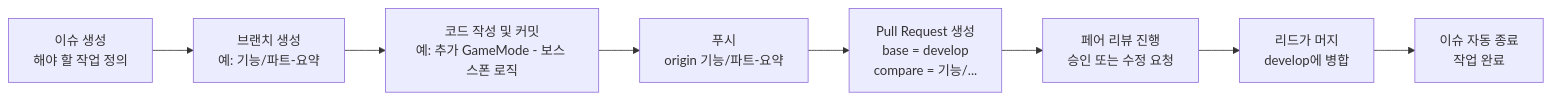
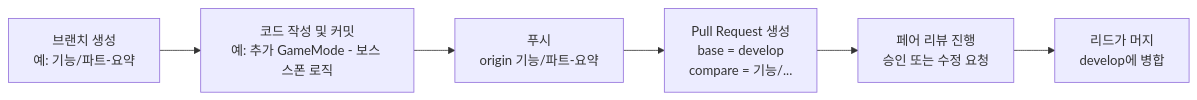
Before and after one commit to dltjgh17/Unreal_TIL: the first of 4 diagrams in October/git_manual/README.md, drawn with Mermaid. The commit also changed other lines of this file, not shown here.

````diff
--- a/October/git_manual/README.md
+++ b/October/git_manual/README.md
@@ -5,10 +5,9 @@
 ```mermaid
 flowchart LR
-    A1[이슈 생성\n해야 할 작업 정의] --> A2[브랜치 생성\n예: 기능/파트-요약]
+    A2[브랜치 생성\n예: 기능/파트-요약]
     A2 --> A3[코드 작성 및 커밋\n예: 추가 GameMode - 보스 스폰 로직]
     A3 --> A4[푸시\norigin 기능/파트-요약]
     A4 --> B1[Pull Request 생성\nbase = develop\ncompare = 기능/...]
     B1 --> B2[페어 리뷰 진행\n승인 또는 수정 요청]
     B2 --> B3[리드가 머지\ndevelop에 병합]
-    B3 --> B4[이슈 자동 종료\n작업 완료]
 ```
````
